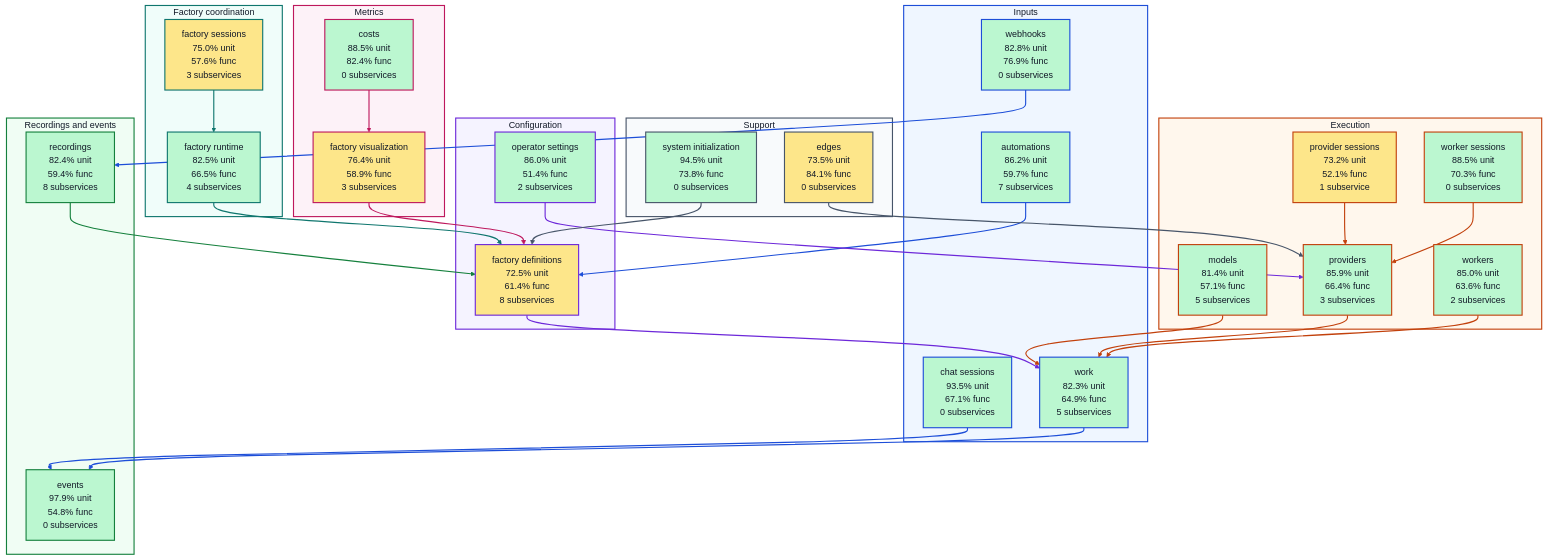
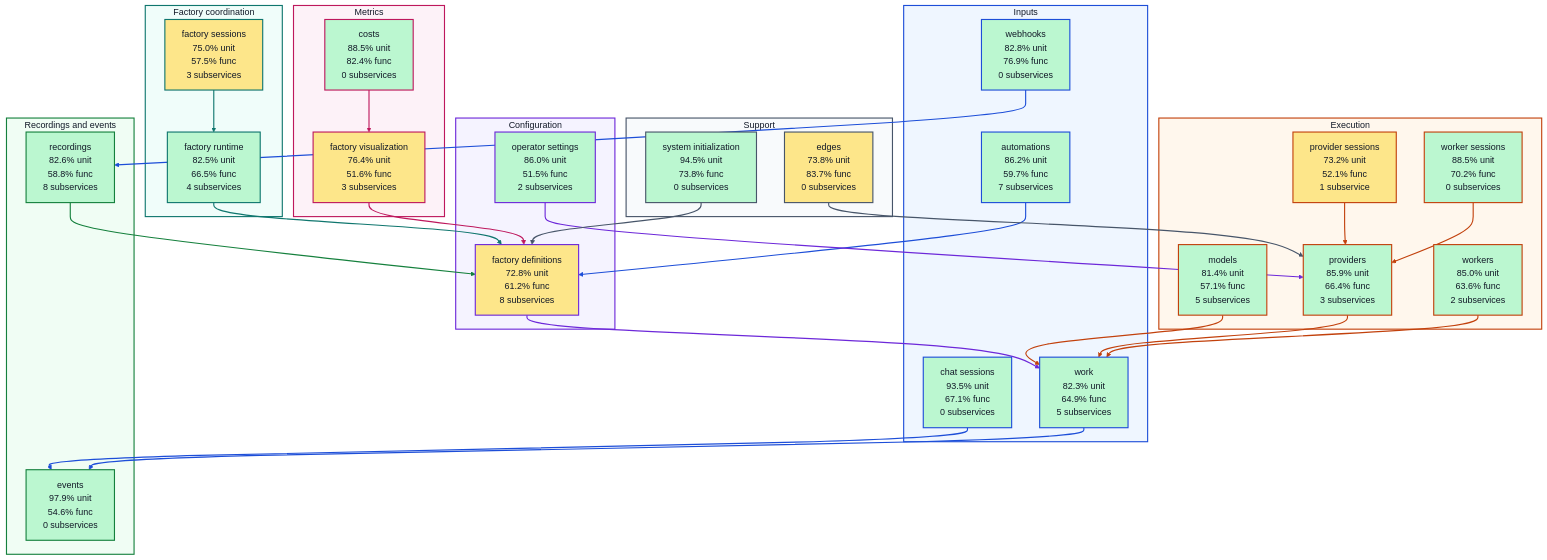
The diagram in docs/architecture/visualizations/high-level-test-coverage.md (portpowered/you-agent-factory), drawn with Mermaid (forest theme) before and after one commit. The commit also changed other lines of this file and 20 other files, not shown here.

Commit message:
docs: refresh backend architecture visualizations

```diff
--- a/docs/architecture/visualizations/high-level-test-coverage.md
+++ b/docs/architecture/visualizations/high-level-test-coverage.md
@@ -17,30 +17,30 @@
     s_services_work["work<br/>82.3% unit<br/>64.9% func<br/>5 subservices"]
   end
   subgraph configuration["Configuration"]
-    s_services_factory_definitions["factory definitions<br/>72.5% unit<br/>61.4% func<br/>8 subservices"]
-    s_services_operator_settings["operator settings<br/>86.0% unit<br/>51.4% func<br/>2 subservices"]
+    s_services_factory_definitions["factory definitions<br/>72.8% unit<br/>61.2% func<br/>8 subservices"]
+    s_services_operator_settings["operator settings<br/>86.0% unit<br/>51.5% func<br/>2 subservices"]
   end
   subgraph coordination["Factory coordination"]
     s_services_factory_runtime["factory runtime<br/>82.5% unit<br/>66.5% func<br/>4 subservices"]
-    s_services_factory_sessions["factory sessions<br/>75.0% unit<br/>57.6% func<br/>3 subservices"]
+    s_services_factory_sessions["factory sessions<br/>75.0% unit<br/>57.5% func<br/>3 subservices"]
   end
   subgraph execution["Execution"]
     s_services_models["models<br/>81.4% unit<br/>57.1% func<br/>5 subservices"]
     s_services_provider_sessions["provider sessions<br/>73.2% unit<br/>52.1% func<br/>1 subservice"]
     s_services_providers["providers<br/>85.9% unit<br/>66.4% func<br/>3 subservices"]
-    s_services_worker_sessions["worker sessions<br/>88.5% unit<br/>70.3% func<br/>0 subservices"]
+    s_services_worker_sessions["worker sessions<br/>88.5% unit<br/>70.2% func<br/>0 subservices"]
     s_services_workers["workers<br/>85.0% unit<br/>63.6% func<br/>2 subservices"]
   end
   subgraph recordings["Recordings and events"]
-    s_services_events["events<br/>97.9% unit<br/>54.8% func<br/>0 subservices"]
-    s_services_recordings["recordings<br/>82.4% unit<br/>59.4% func<br/>8 subservices"]
+    s_services_events["events<br/>97.9% unit<br/>54.6% func<br/>0 subservices"]
+    s_services_recordings["recordings<br/>82.6% unit<br/>58.8% func<br/>8 subservices"]
   end
   subgraph metrics["Metrics"]
     s_services_costs["costs<br/>88.5% unit<br/>82.4% func<br/>0 subservices"]
-    s_services_factory_visualization["factory visualization<br/>76.4% unit<br/>58.9% func<br/>3 subservices"]
+    s_services_factory_visualization["factory visualization<br/>76.4% unit<br/>51.6% func<br/>3 subservices"]
   end
   subgraph support["Support"]
-    s_services_edges["edges<br/>73.5% unit<br/>84.1% func<br/>0 subservices"]
+    s_services_edges["edges<br/>73.8% unit<br/>83.7% func<br/>0 subservices"]
     s_services_system_initialization["system initialization<br/>94.5% unit<br/>73.8% func<br/>0 subservices"]
   end
   s_services_automations --> s_services_factory_definitions
```
